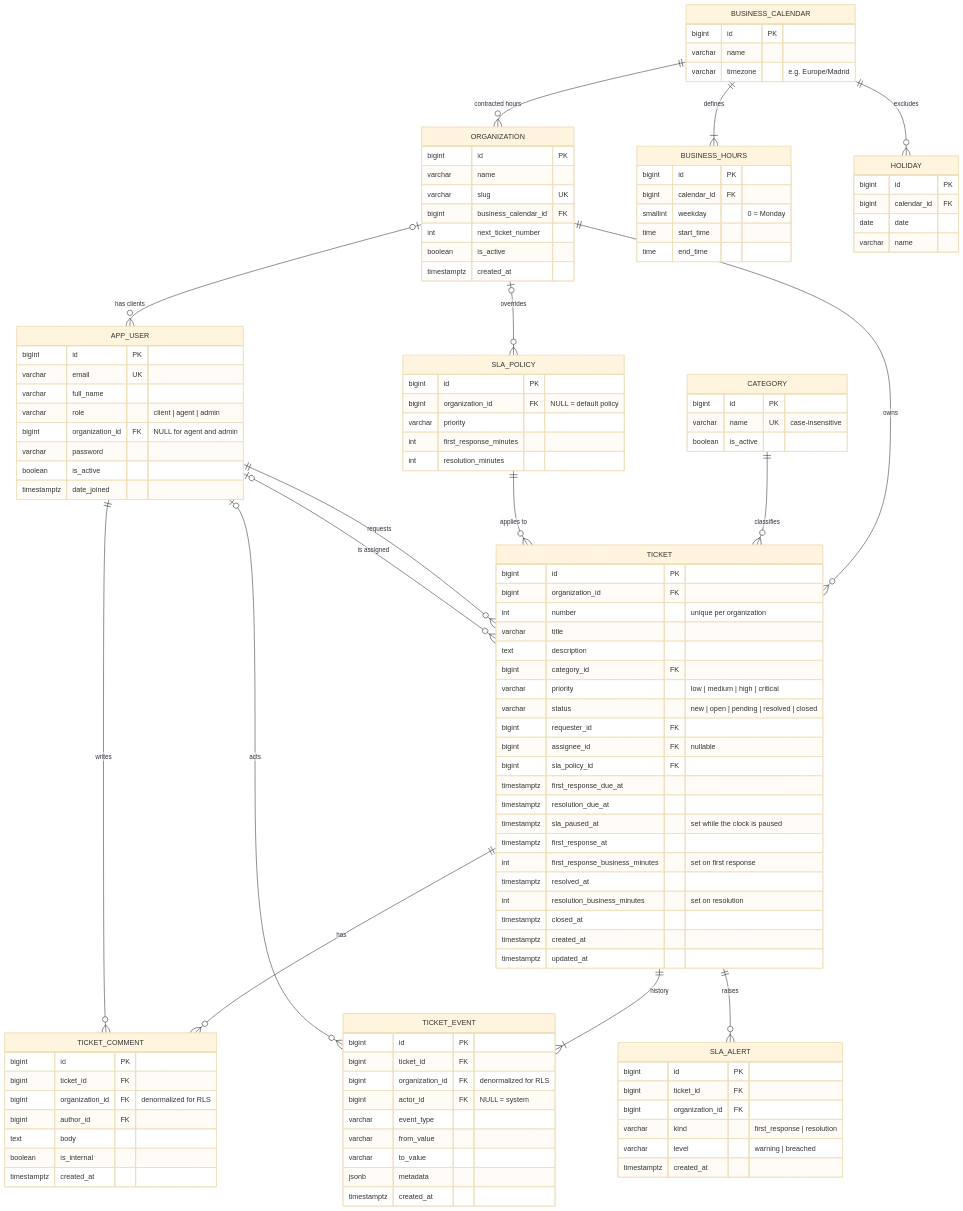
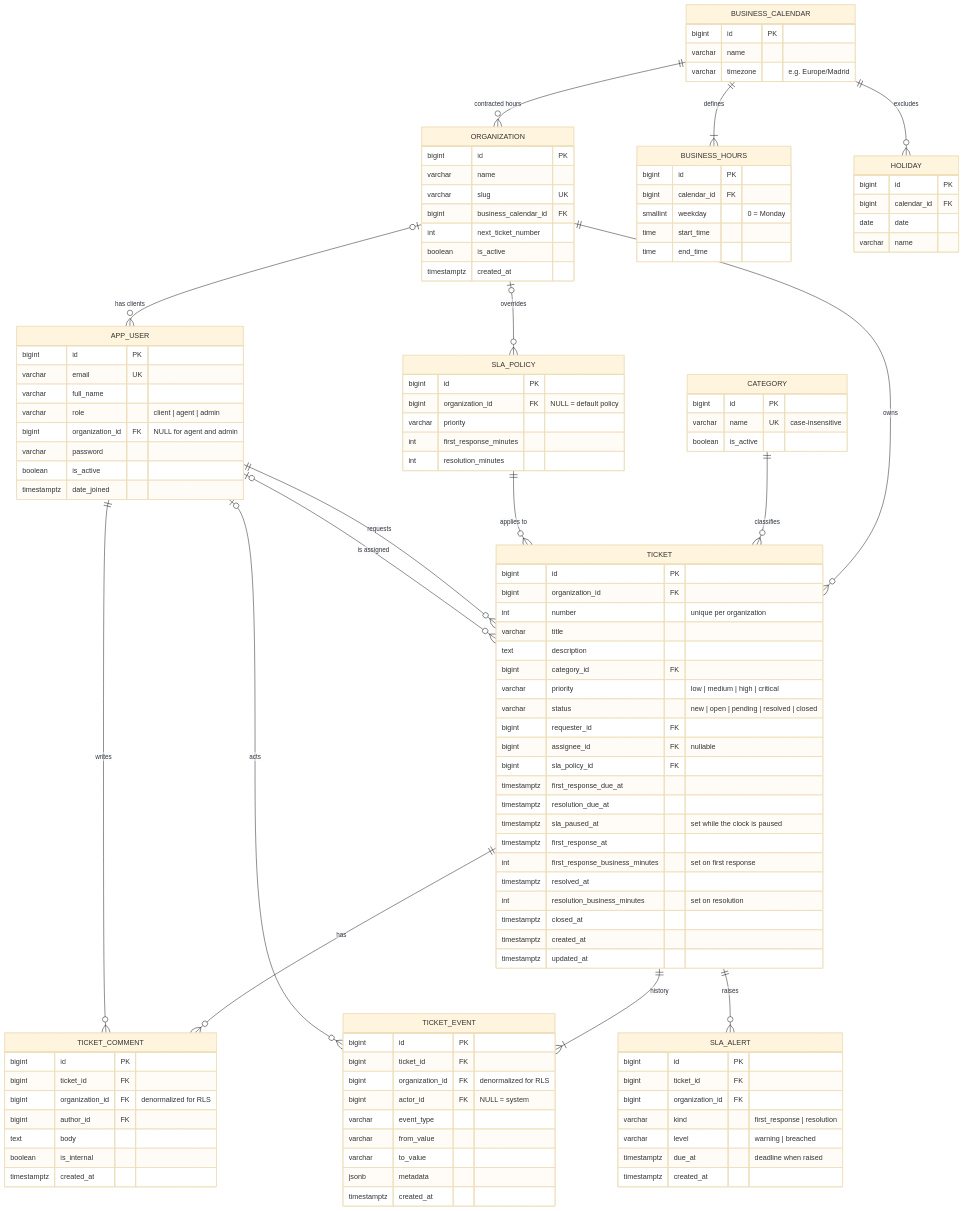
One commit to maarino02/helpdesk-sla changed the diagram in docs/data-model.md. Above: the diagram before and after it, drawn with Mermaid (base theme). The commit also changed other lines of this file, not shown here.

Commit message:
docs: document sla alert deadline snapshot in data model

````diff
--- a/docs/data-model.md
+++ b/docs/data-model.md
@@ -121,6 +121,7 @@
         bigint organization_id FK
         varchar kind "first_response | resolution"
         varchar level "warning | breached"
+        timestamptz due_at "deadline when raised"
         timestamptz created_at
     }
 ```
````
